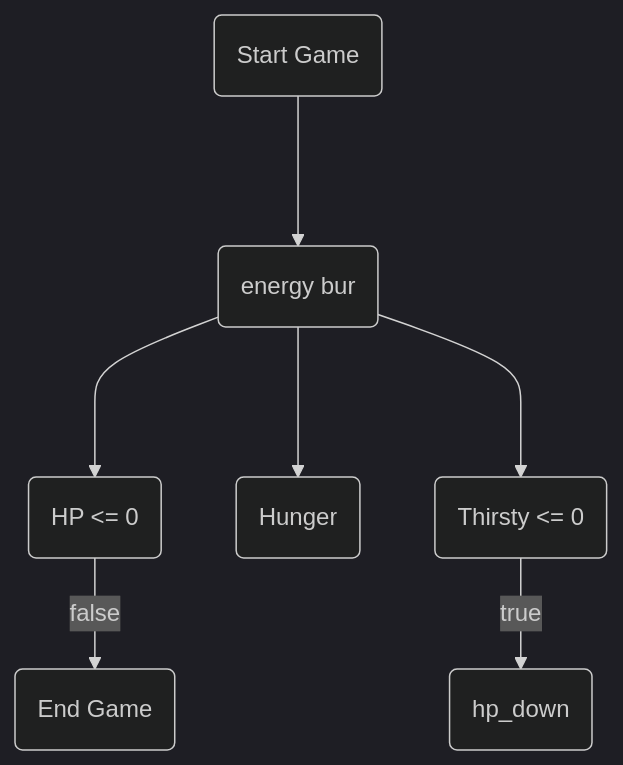
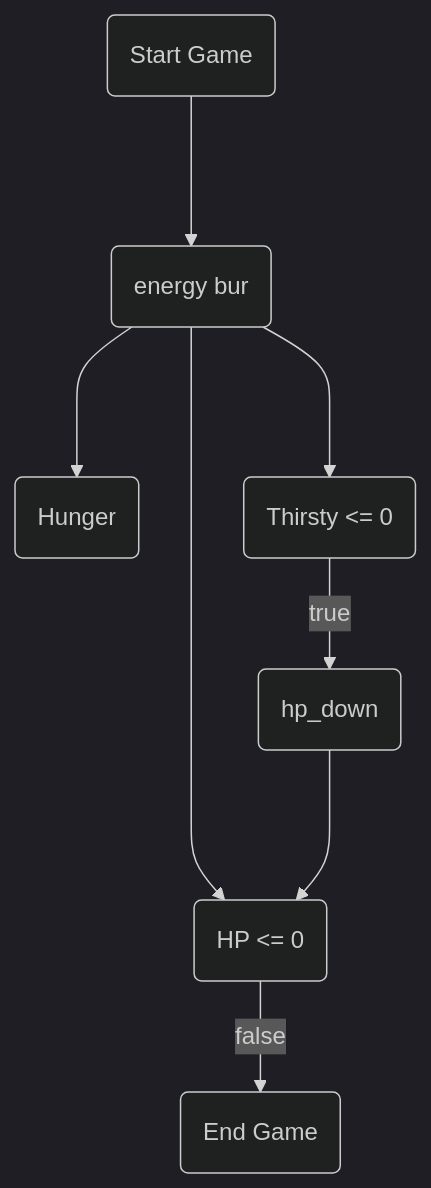
Before and after one commit to SSProgamer/C-Project: the diagram in need me.md, drawn with Mermaid (dark theme).

Commit message:
Update need me.md

````diff
--- a/need me.md
+++ b/need me.md
@@ -35,8 +35,8 @@
 ```mermaid
 flowchart TD
 start(Start Game) ---> stack(energy bur) --->hp
 stack(energy bur) --->Hunger(Hunger)
 stack(energy bur) --->Thirsty(Thirsty)
-Thirsty(Thirsty <= 0) --true--> hp_down(hp_down)
+Thirsty(Thirsty <= 0) --true--> hp_down(hp_down) ---> hp
 hp(HP <= 0) --false--> e(End Game)
 ```
````
